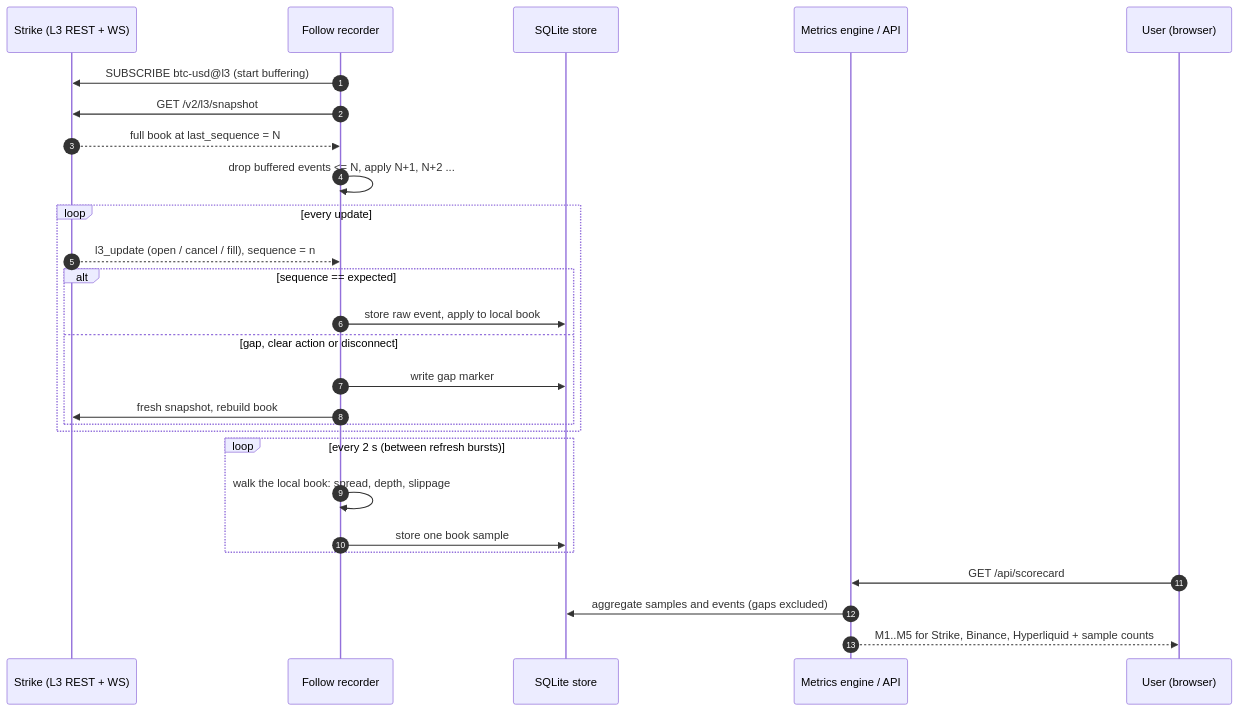
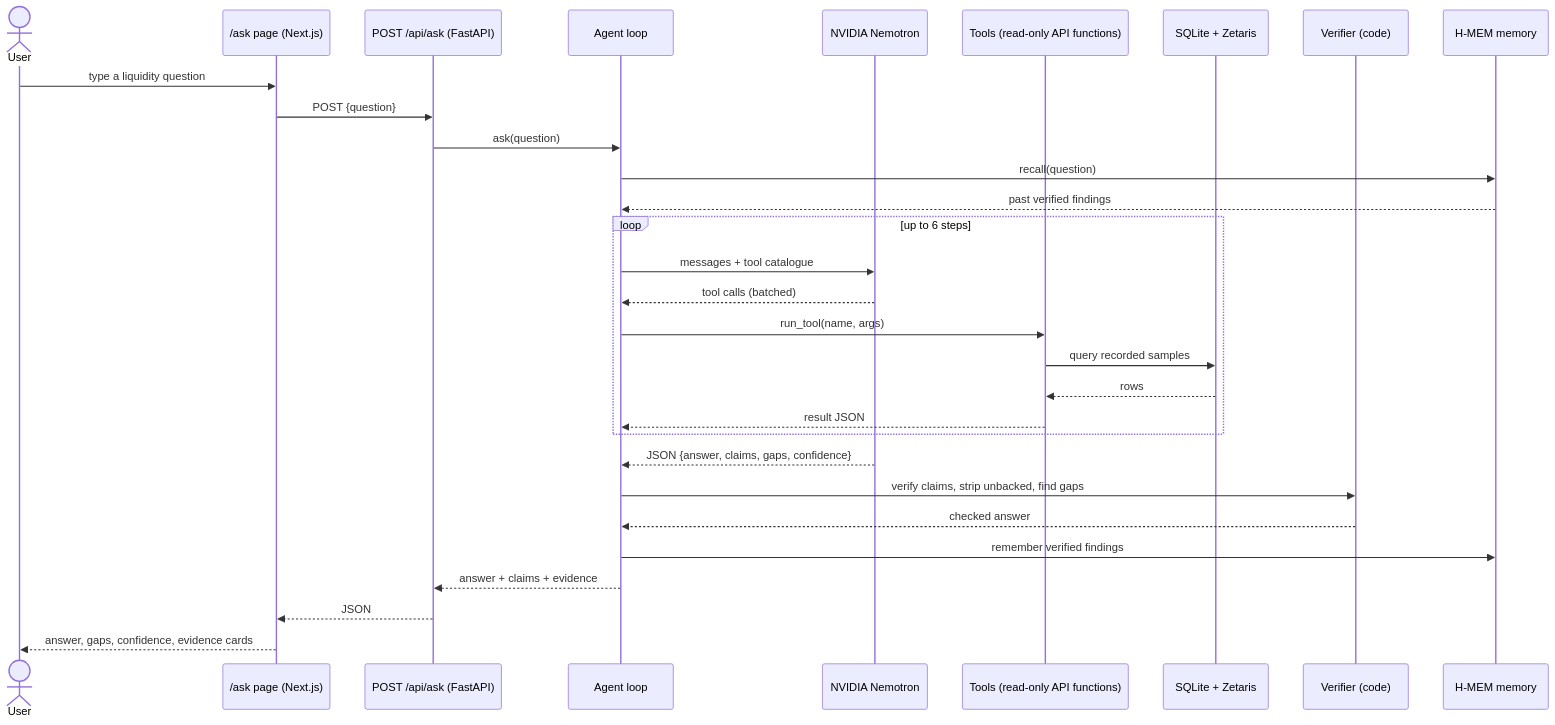
The diagram in README.md (SamuelDharshi/follow), drawn with Mermaid before and after one commit. The commit also changed other lines of this file and 1 other file, not shown here.

Commit message:
Rewrite README for the agent hackathon and clean web README

````diff
--- a/README.md
+++ b/README.md
@@ -69,30 +48,33 @@
 ```mermaid
 sequenceDiagram
-    autonumber
-    participant S as Strike (L3 REST + WS)
-    participant R as Follow recorder
-    participant DB as SQLite store
-    participant E as Metrics engine / API
-    participant U as User (browser)
+    actor U as User
+    participant W as /ask page (Next.js)
+    participant A as POST /api/ask (FastAPI)
+    participant G as Agent loop
+    participant N as NVIDIA Nemotron
+    participant T as Tools (read-only API functions)
+    participant D as SQLite + Zetaris
+    participant V as Verifier (code)
+    participant M as H-MEM memory
 
-    R->>S: SUBSCRIBE btc-usd@l3 (start buffering)
-    R->>S: GET /v2/l3/snapshot
-    S-->>R: full book at last_sequence = N
-    R->>R: drop buffered events <= N, apply N+1, N+2 ...
-    loop every update
-        S-->>R: l3_update (open / cancel / fill), sequence = n
-        alt sequence == expected
-            R->>DB: store raw event, apply to local book
-        else gap, clear action or disconnect
-            R->>DB: write gap marker
-            R->>S: fresh snapshot, rebuild book
-        end
+    U->>W: type a liquidity question
+    W->>A: POST {question}
+    A->>G: ask(question)
+    G->>M: recall(question)
+    M-->>G: past verified findings
+    loop up to 6 steps
+        G->>N: messages + tool catalogue
+        N-->>G: tool calls (batched)
+        G->>T: run_tool(name, args)
+        T->>D: query recorded samples
+        D-->>T: rows
+        T-->>G: result JSON
     end
-    loop every 2 s (between refresh bursts)
-        R->>R: walk the local book: spread, depth, slippage
-        R->>DB: store one book sample
-    end
-    U->>E: GET /api/scorecard
-    E->>DB: aggregate samples and events (gaps excluded)
-    E-->>U: M1..M5 for Strike, Binance, Hyperliquid + sample counts
+    N-->>G: JSON {answer, claims, gaps, confidence}
+    G->>V: verify claims, strip unbacked, find gaps
+    V-->>G: checked answer
+    G->>M: remember verified findings
+    G-->>A: answer + claims + evidence
+    A-->>W: JSON
+    W-->>U: answer, gaps, confidence, evidence cards
 ```
````
